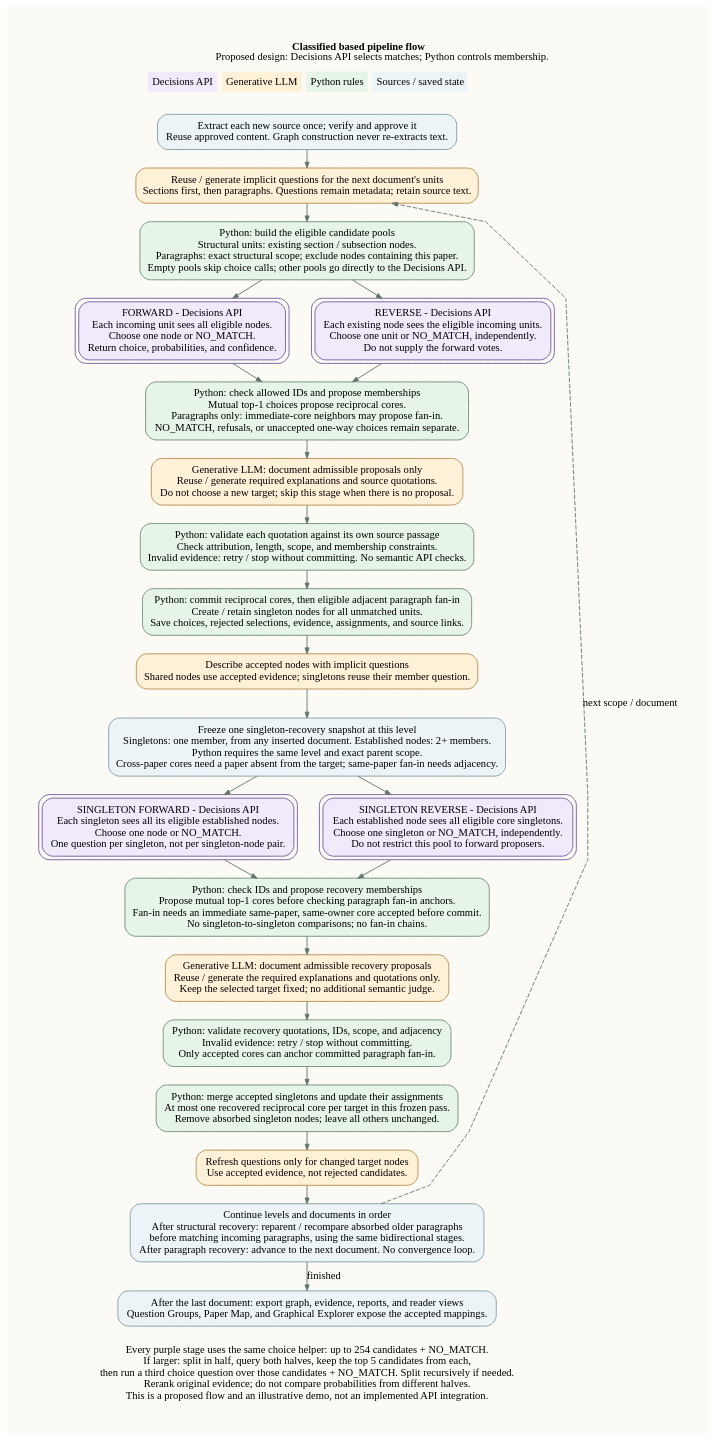
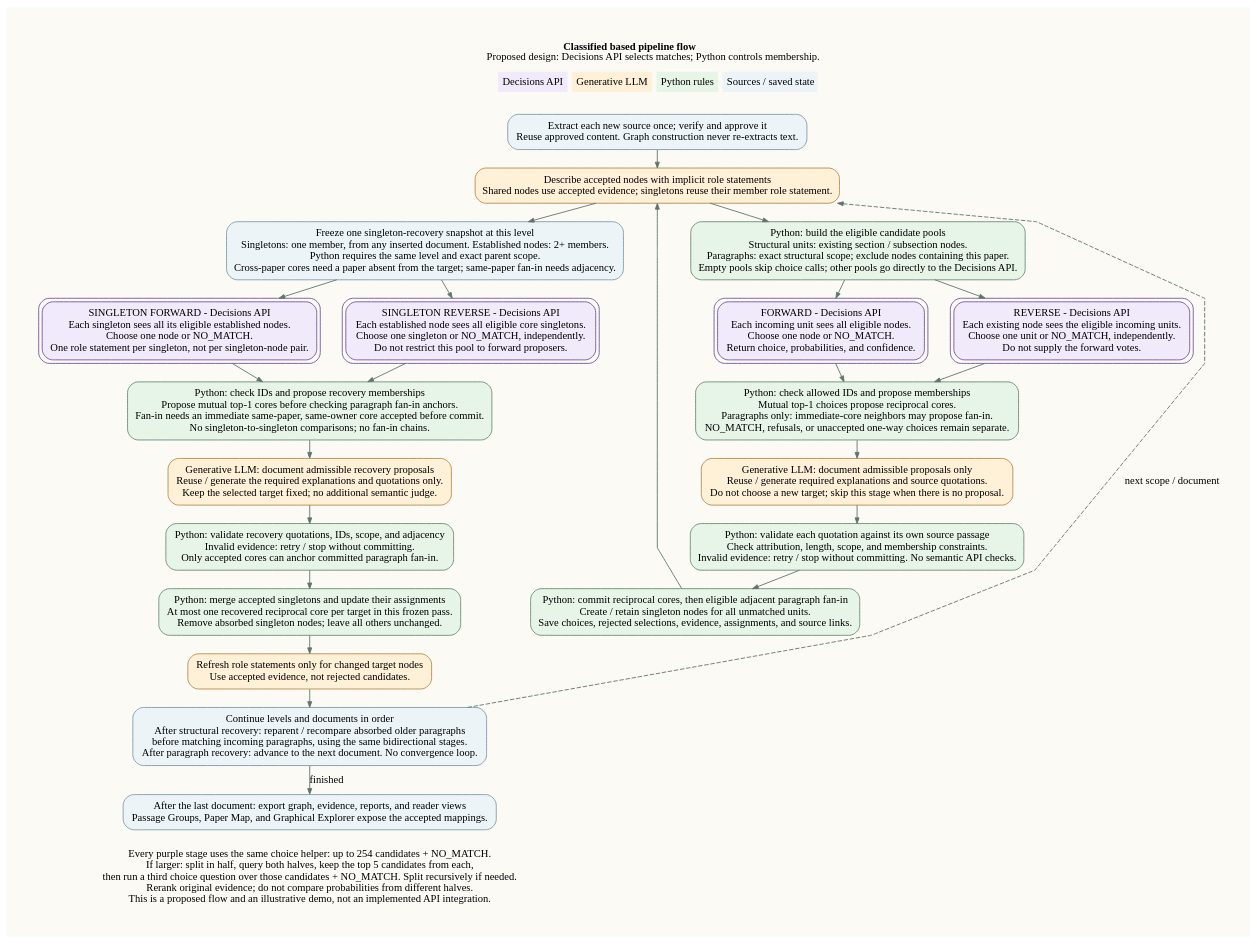
Before and after one commit to GraceGSy/SME-prototype: the diagram in docs/diagrams/classified-based-pipeline-flow.dot, drawn with Graphviz. The commit also changed 112 other files, not shown here.

Commit message:
Question statement to role statement

```diff
--- a/docs/diagrams/classified-based-pipeline-flow.dot
+++ b/docs/diagrams/classified-based-pipeline-flow.dot
@@ -1,71 +1,71 @@
 digraph ClassifiedPipeline {
   // The comma keeps Pango from parsing "Roman" as a style instead of the font family.
   graph [rankdir=TB, bgcolor="#fbfaf5", pad=0.5, nodesep=0.35, ranksep=0.28,
          splines=polyline, fontname="Times New Roman,", fontsize=12,
          fontcolor="black", labelloc=t,
          label=<<FONT POINT-SIZE="12"><B>Classified based pipeline flow</B></FONT><BR/>
                 <FONT POINT-SIZE="12">Proposed design: Decisions API selects matches; Python controls membership.</FONT>>];
   node [shape=box, style="rounded,filled", fillcolor="#e7f4e8", color="#6b8b73",
         fontcolor="black", fontname="Times New Roman,", fontsize=12,
         margin="0.16,0.10", penwidth=1];
   edge [color="#60746c", fontcolor="black", fontname="Times New Roman,",
         fontsize=12, arrowsize=0.65, penwidth=1];
 
   legend [shape=plain, style="", label=<<TABLE BORDER="0" CELLBORDER="0" CELLSPACING="5" CELLPADDING="5">
     <TR><TD BGCOLOR="#f1eafb">Decisions API</TD><TD BGCOLOR="#fff0d8">Generative LLM</TD>
     <TD BGCOLOR="#e7f4e8">Python rules</TD><TD BGCOLOR="#edf4f8">Sources / saved state</TD></TR>
   </TABLE>>];
   prepared [fillcolor="#edf4f8", color="#7f9aa8",
             label="Extract each new source once; verify and approve it\nReuse approved content. Graph construction never re-extracts text."];
-  questions [fillcolor="#fff0d8", color="#b68a49",
-             label="Reuse / generate implicit questions for the next document's units\nSections first, then paragraphs. Questions remain metadata; retain source text."];
+  labels [fillcolor="#fff0d8", color="#b68a49",
+             label="Reuse / generate implicit role statements for the next document's units\nSections first, then paragraphs. Role statements remain metadata; retain source text."];
   pool [label="Python: build the eligible candidate pools\nStructural units: existing section / subsection nodes.\nParagraphs: exact structural scope; exclude nodes containing this paper.\nEmpty pools skip choice calls; other pools go directly to the Decisions API."];
   forward [peripheries=2, fillcolor="#f1eafb", color="#7054a0",
            label="FORWARD - Decisions API\nEach incoming unit sees all eligible nodes.\nChoose one node or NO_MATCH.\nReturn choice, probabilities, and confidence."];
   reverse [peripheries=2, fillcolor="#f1eafb", color="#7054a0",
            label="REVERSE - Decisions API\nEach existing node sees the eligible incoming units.\nChoose one unit or NO_MATCH, independently.\nDo not supply the forward votes."];
   propose [label="Python: check allowed IDs and propose memberships\nMutual top-1 choices propose reciprocal cores.\nParagraphs only: immediate-core neighbors may propose fan-in.\nNO_MATCH, refusals, or unaccepted one-way choices remain separate."];
   evidence [fillcolor="#fff0d8", color="#b68a49",
             label="Generative LLM: document admissible proposals only\nReuse / generate required explanations and source quotations.\nDo not choose a new target; skip this stage when there is no proposal."];
   validate [label="Python: validate each quotation against its own source passage\nCheck attribution, length, scope, and membership constraints.\nInvalid evidence: retry / stop without committing. No semantic API checks."];
   commit [label="Python: commit reciprocal cores, then eligible adjacent paragraph fan-in\nCreate / retain singleton nodes for all unmatched units.\nSave choices, rejected selections, evidence, assignments, and source links."];
   labels [fillcolor="#fff0d8", color="#b68a49",
-          label="Describe accepted nodes with implicit questions\nShared nodes use accepted evidence; singletons reuse their member question."];
+          label="Describe accepted nodes with implicit role statements\nShared nodes use accepted evidence; singletons reuse their member role statement."];
   freeze [fillcolor="#edf4f8", color="#7f9aa8",
           label="Freeze one singleton-recovery snapshot at this level\nSingletons: one member, from any inserted document. Established nodes: 2+ members.\nPython requires the same level and exact parent scope.\nCross-paper cores need a paper absent from the target; same-paper fan-in needs adjacency."];
   singleton_forward [peripheries=2, fillcolor="#f1eafb", color="#7054a0",
-                     label="SINGLETON FORWARD - Decisions API\nEach singleton sees all its eligible established nodes.\nChoose one node or NO_MATCH.\nOne question per singleton, not per singleton-node pair."];
+                     label="SINGLETON FORWARD - Decisions API\nEach singleton sees all its eligible established nodes.\nChoose one node or NO_MATCH.\nOne role statement per singleton, not per singleton-node pair."];
   singleton_reverse [peripheries=2, fillcolor="#f1eafb", color="#7054a0",
                      label="SINGLETON REVERSE - Decisions API\nEach established node sees all eligible core singletons.\nChoose one singleton or NO_MATCH, independently.\nDo not restrict this pool to forward proposers."];
   recovery_proposals [label="Python: check IDs and propose recovery memberships\nPropose mutual top-1 cores before checking paragraph fan-in anchors.\nFan-in needs an immediate same-paper, same-owner core accepted before commit.\nNo singleton-to-singleton comparisons; no fan-in chains."];
   recovery_evidence [fillcolor="#fff0d8", color="#b68a49",
                      label="Generative LLM: document admissible recovery proposals\nReuse / generate the required explanations and quotations only.\nKeep the selected target fixed; no additional semantic judge."];
   recovery_validate [label="Python: validate recovery quotations, IDs, scope, and adjacency\nInvalid evidence: retry / stop without committing.\nOnly accepted cores can anchor committed paragraph fan-in."];
   merge [label="Python: merge accepted singletons and update their assignments\nAt most one recovered reciprocal core per target in this frozen pass.\nRemove absorbed singleton nodes; leave all others unchanged."];
   refresh [fillcolor="#fff0d8", color="#b68a49",
-           label="Refresh questions only for changed target nodes\nUse accepted evidence, not rejected candidates."];
+           label="Refresh role statements only for changed target nodes\nUse accepted evidence, not rejected candidates."];
   next [fillcolor="#edf4f8", color="#7f9aa8",
         label="Continue levels and documents in order\nAfter structural recovery: reparent / recompare absorbed older paragraphs\nbefore matching incoming paragraphs, using the same bidirectional stages.\nAfter paragraph recovery: advance to the next document. No convergence loop."];
   export [fillcolor="#edf4f8", color="#7f9aa8",
-          label="After the last document: export graph, evidence, reports, and reader views\nQuestion Groups, Paper Map, and Graphical Explorer expose the accepted mappings."];
+          label="After the last document: export graph, evidence, reports, and reader views\nPassage Groups, Paper Map, and Graphical Explorer expose the accepted mappings."];
   notes [shape=plain, style="",
          label="Every purple stage uses the same choice helper: up to 254 candidates + NO_MATCH.\nIf larger: split in half, query both halves, keep the top 5 candidates from each,\nthen run a third choice question over those candidates + NO_MATCH. Split recursively if needed.\nRerank original evidence; do not compare probabilities from different halves.\nThis is a proposed flow and an illustrative demo, not an implemented API integration."];
 
   legend -> prepared [style=invis];
-  prepared -> questions -> pool;
+  prepared -> labels -> pool;
   pool -> forward;
   pool -> reverse;
   {rank=same; forward; reverse;}
   forward -> propose;
   reverse -> propose;
   propose -> evidence -> validate -> commit -> labels -> freeze;
   freeze -> singleton_forward;
   freeze -> singleton_reverse;
   {rank=same; singleton_forward; singleton_reverse;}
   singleton_forward -> recovery_proposals;
   singleton_reverse -> recovery_proposals;
   recovery_proposals -> recovery_evidence -> recovery_validate -> merge -> refresh -> next;
-  next -> questions [style=dashed, constraint=false, label="next scope / document"];
+  next -> labels [style=dashed, constraint=false, label="next scope / document"];
   next -> export [label="finished"];
   export -> notes [style=invis];
 }
```
